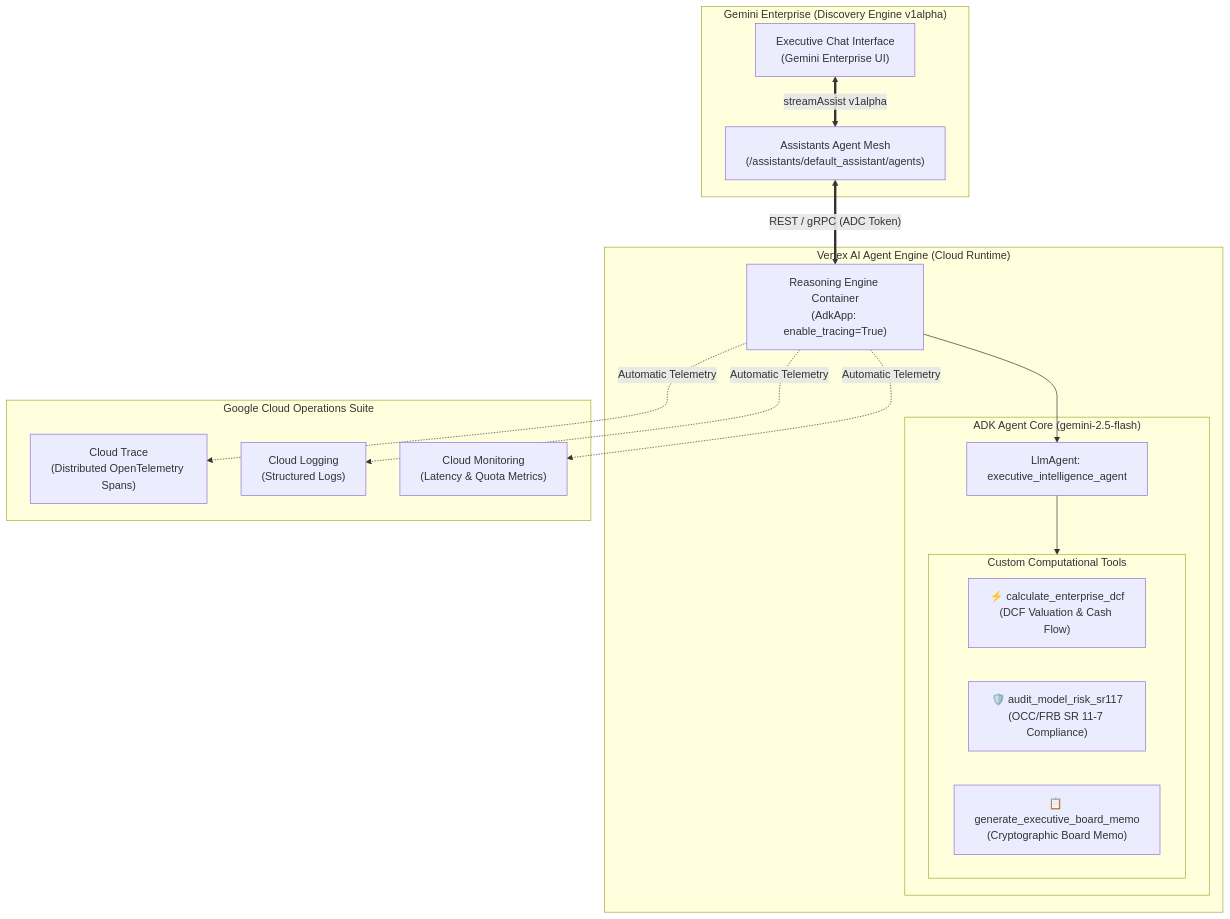
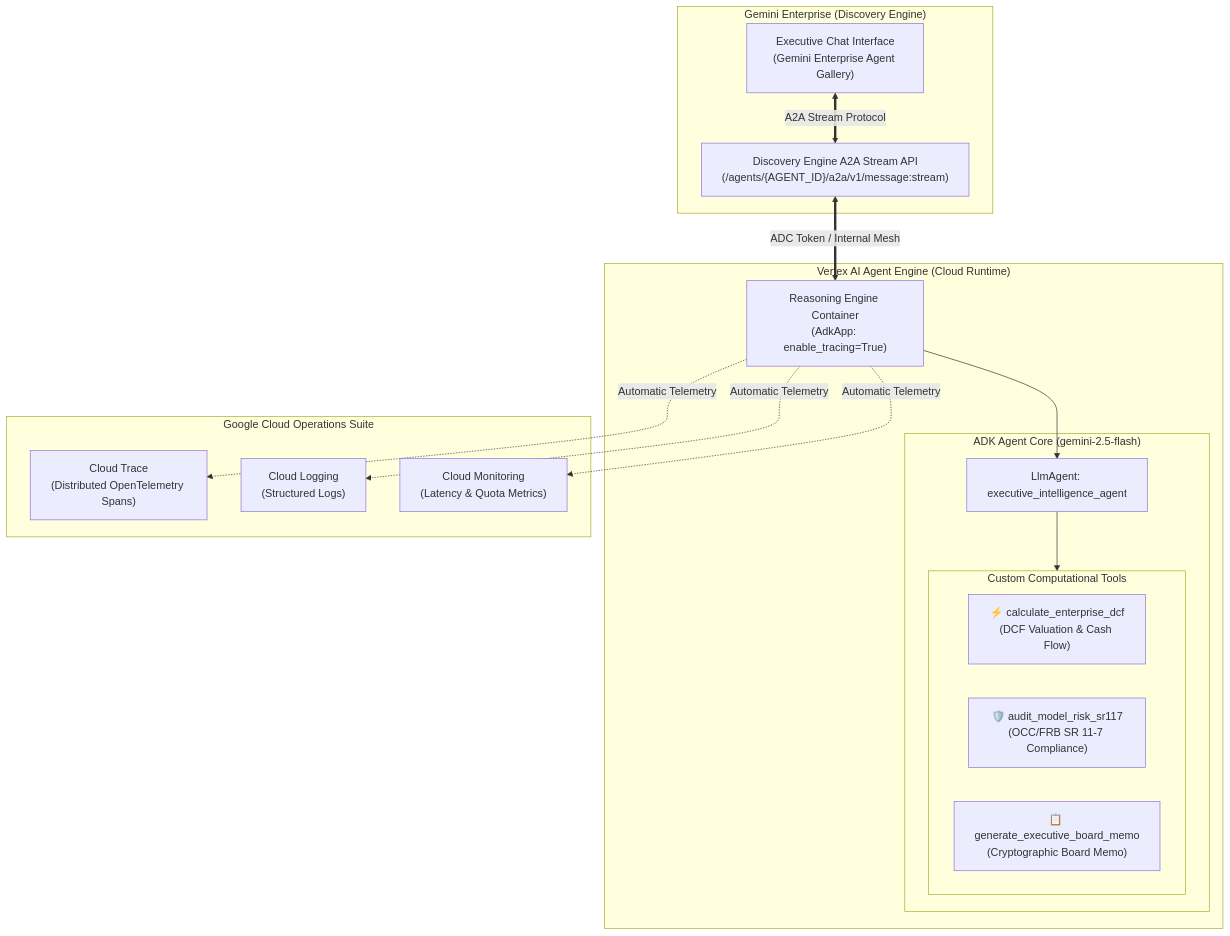
The diagram in semiautonomous-agents/adk-gemini-enterprise-e2e/README.md (jchavezar/vertex-ai-samples), drawn with Mermaid before and after one commit. The commit also changed other lines of this file and 1 other file, not shown here.

Commit message:
feat(gemini-enterprise-e2e): add live A2A Gemini Enterprise testing script and verifiable response evidence

````diff
--- a/semiautonomous-agents/adk-gemini-enterprise-e2e/README.md
+++ b/semiautonomous-agents/adk-gemini-enterprise-e2e/README.md
@@ -25,35 +25,35 @@
 ```mermaid
 flowchart TD
-    subgraph GEMINI_ENTERPRISE ["Gemini Enterprise (Discovery Engine v1alpha)"]
-        UserUI["Executive Chat Interface\n(Gemini Enterprise UI)"]
-        AssistAPI["Assistants Agent Mesh\n(/assistants/default_assistant/agents)"]
+    subgraph GEMINI_ENTERPRISE ["Gemini Enterprise (Discovery Engine)"]
+        UserUI["Executive Chat Interface\n(Gemini Enterprise Agent Gallery)"]
+        A2AAPI["Discovery Engine A2A Stream API\n(/agents/{AGENT_ID}/a2a/v1/message:stream)"]
     end
 
     subgraph AGENT_ENGINE_RUNTIME ["Vertex AI Agent Engine (Cloud Runtime)"]
         AE["Reasoning Engine Container\n(AdkApp: enable_tracing=True)"]
         
         subgraph ADK_CORE ["ADK Agent Core (gemini-2.5-flash)"]
             RootAgent["LlmAgent: executive_intelligence_agent"]
             
             subgraph TOOLS ["Custom Computational Tools"]
                 T1["⚡ calculate_enterprise_dcf\n(DCF Valuation & Cash Flow)"]
                 T2["🛡️ audit_model_risk_sr117\n(OCC/FRB SR 11-7 Compliance)"]
                 T3["📋 generate_executive_board_memo\n(Cryptographic Board Memo)"]
             end
         end
     end
 
     subgraph OBSERVABILITY ["Google Cloud Operations Suite"]
         Trace["Cloud Trace\n(Distributed OpenTelemetry Spans)"]
         Logging["Cloud Logging\n(Structured Logs)"]
         Monitoring["Cloud Monitoring\n(Latency & Quota Metrics)"]
     end
 
-    UserUI <== "streamAssist v1alpha" ==> AssistAPI
-    AssistAPI <== "REST / gRPC (ADC Token)" ==> AE
+    UserUI <== "A2A Stream Protocol" ==> A2AAPI
+    A2AAPI <== "ADC Token / Internal Mesh" ==> AE
     AE --> RootAgent
     RootAgent --> TOOLS
     AE -.->|Automatic Telemetry| Trace
     AE -.->|Automatic Telemetry| Logging
     AE -.->|Automatic Telemetry| Monitoring
 ```
````
